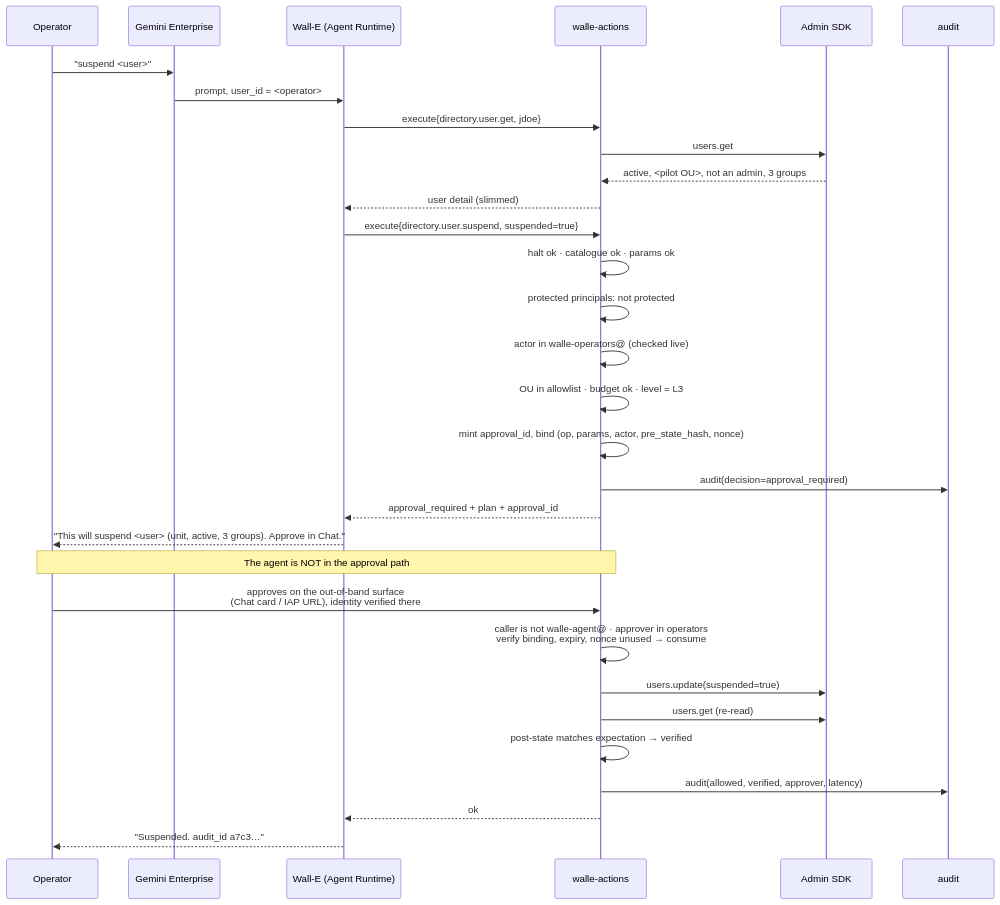
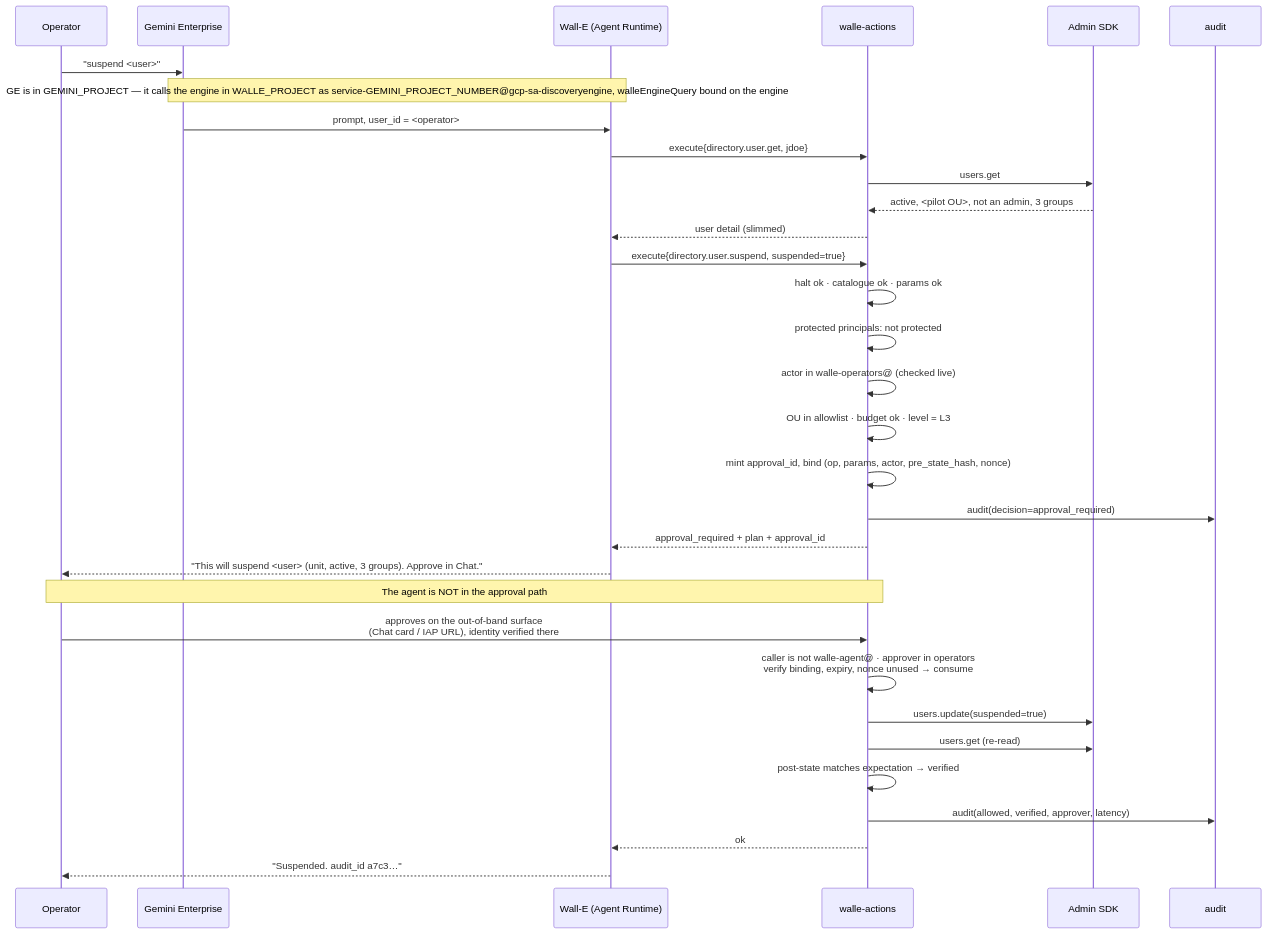
Before and after one commit to jsbdfgidsfg/agentic-platform: the first of 2 diagrams in platform/wall-e/04-flows.md, drawn with Mermaid. The commit also changed other lines of this file and 44 other files, not shown here.

````diff
--- a/platform/wall-e/04-flows.md
+++ b/platform/wall-e/04-flows.md
@@ -14,34 +17,35 @@
 ```mermaid
 sequenceDiagram
     participant U as Operator
     participant GE as Gemini Enterprise
     participant AG as Wall-E (Agent Runtime)
     participant CR as walle-actions
     participant AD as Admin SDK
     participant BQ as audit
 
     U->>GE: "suspend <user>"
+    Note over GE,AG: GE is in GEMINI_PROJECT — it calls the engine in WALLE_PROJECT as service-GEMINI_PROJECT_NUMBER@gcp-sa-discoveryengine, walleEngineQuery bound on the engine
     GE->>AG: prompt, user_id = <operator>
     AG->>CR: execute{directory.user.get, jdoe}
     CR->>AD: users.get
     AD-->>CR: active, <pilot OU>, not an admin, 3 groups
     CR-->>AG: user detail (slimmed)
     AG->>CR: execute{directory.user.suspend, suspended=true}
     CR->>CR: halt ok · catalogue ok · params ok
     CR->>CR: protected principals: not protected
     CR->>CR: actor in walle-operators@ (checked live)
     CR->>CR: OU in allowlist · budget ok · level = L3
     CR->>CR: mint approval_id, bind (op, params, actor, pre_state_hash, nonce)
     CR->>BQ: audit(decision=approval_required)
     CR-->>AG: approval_required + plan + approval_id
     AG-->>U: "This will suspend <user> (unit, active, 3 groups). Approve in Chat."
     Note over U,CR: The agent is NOT in the approval path
     U->>CR: approves on the out-of-band surface<br/>(Chat card / IAP URL), identity verified there
     CR->>CR: caller is not walle-agent@ · approver in operators<br/>verify binding, expiry, nonce unused → consume
     CR->>AD: users.update(suspended=true)
     CR->>AD: users.get  (re-read)
     CR->>CR: post-state matches expectation → verified
     CR->>BQ: audit(allowed, verified, approver, latency)
     CR-->>AG: ok
     AG-->>U: "Suspended. audit_id a7c3…"
 ```
````
